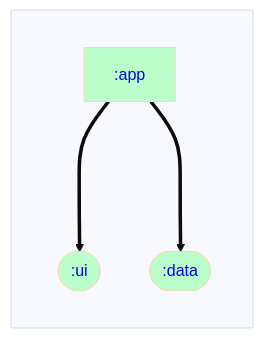
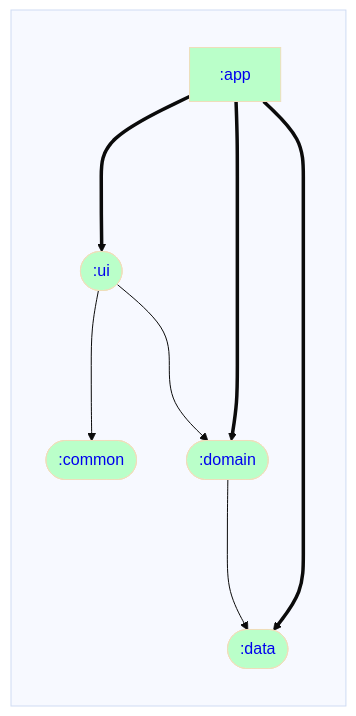
The diagram in app/dependencyGraph.md (ARES-ID/Daedalus), drawn with Mermaid before and after one commit. The commit also changed 4 other files, not shown here.

Commit message:
Generate dependency graphs

````diff
--- a/app/dependencyGraph.md
+++ b/app/dependencyGraph.md
@@ -1,24 +1,30 @@
 ```mermaid
 %%{ init: { 'theme': 'base' } }%%
 graph LR;
 
 %% Styling for module nodes by type
 classDef rootNode stroke-width:4px;
 classDef mppNode fill:#ffd2b3,color:#333333;
 classDef andNode fill:#baffc9,color:#333333;
 classDef javaNode fill:#ffb3ba,color:#333333;
 
 %% Modules
 subgraph  
   direction TB;
   :app[<a href='https://github.com/rjspies/Daedalus/blob/main/app/dependencyGraph.md' style='text-decoration:auto'>:app</a>]:::andNode;
+  :common([<a href='https://github.com/rjspies/Daedalus/blob/main/common/dependencyGraph.md' style='text-decoration:auto'>:common</a>]):::andNode;
   :data([<a href='https://github.com/rjspies/Daedalus/blob/main/data/dependencyGraph.md' style='text-decoration:auto'>:data</a>]):::andNode;
+  :domain([<a href='https://github.com/rjspies/Daedalus/blob/main/domain/dependencyGraph.md' style='text-decoration:auto'>:domain</a>]):::andNode;
   :ui([<a href='https://github.com/rjspies/Daedalus/blob/main/ui/dependencyGraph.md' style='text-decoration:auto'>:ui</a>]):::andNode;
 end
 
 %% Dependencies
 :app===>:ui
+:app===>:domain
 :app===>:data
+:ui--->:common
+:ui--->:domain
+:domain--->:data
 
 %% Dependents
 ```
````
